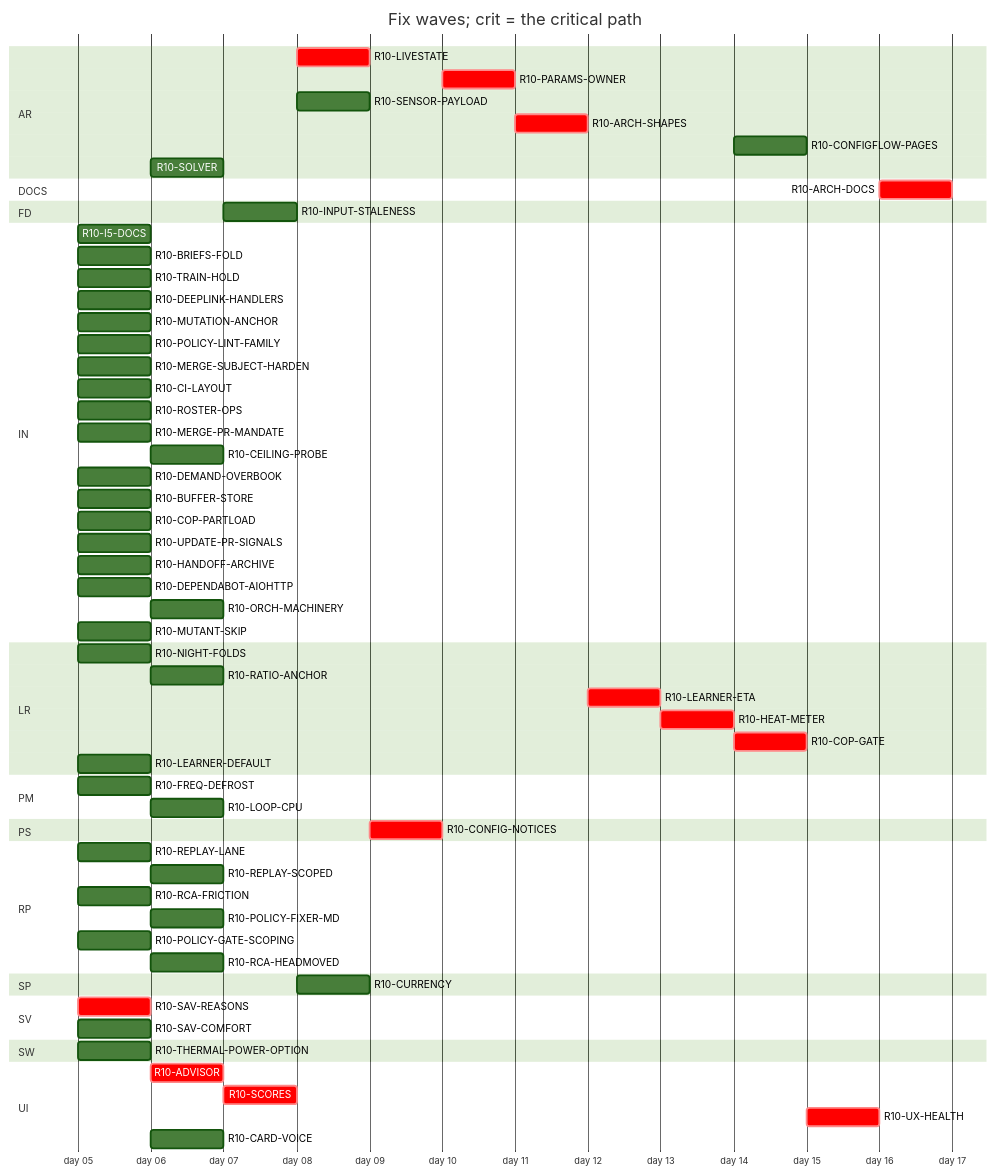
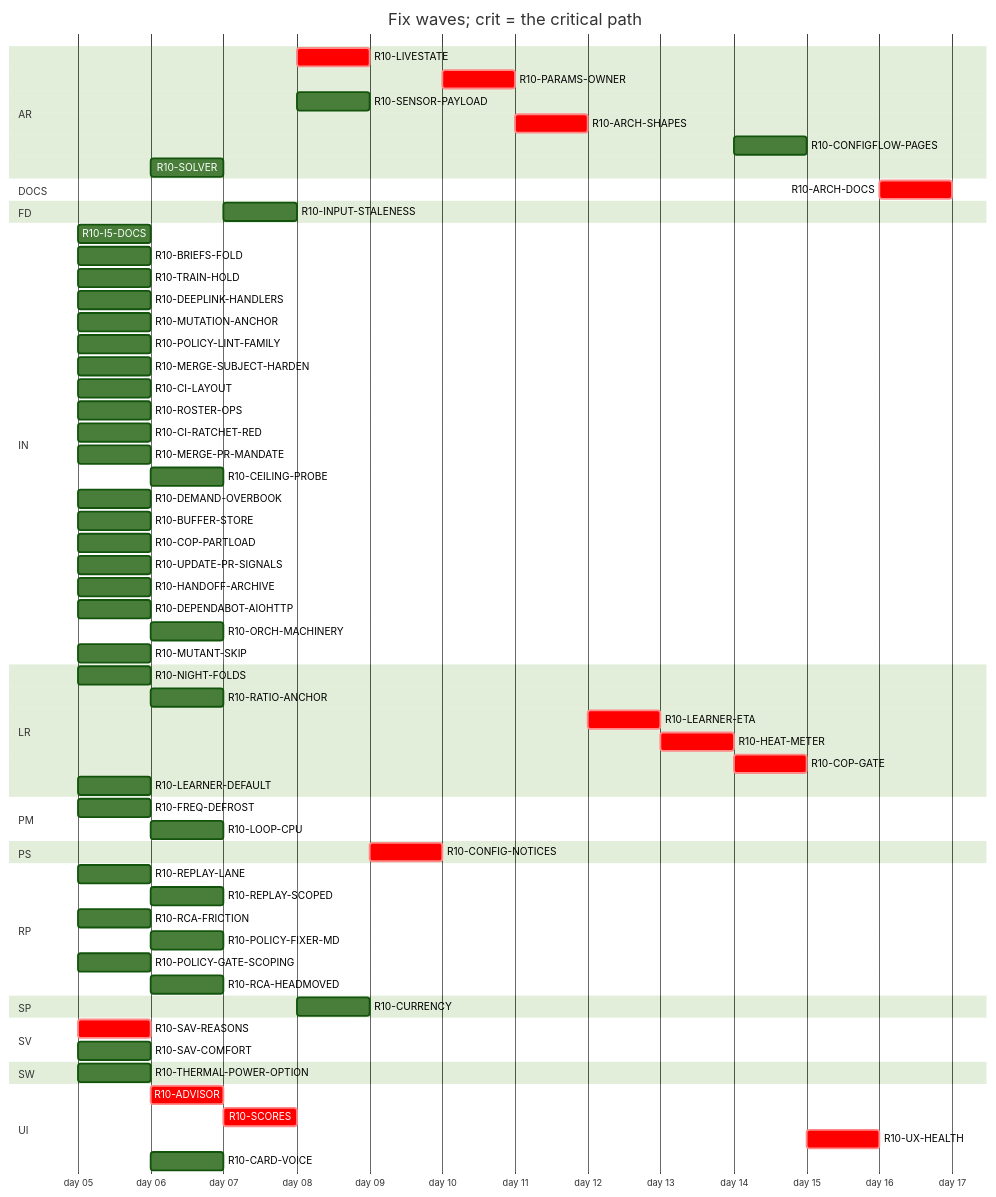
One commit to tvofi/heatpump_optimizer changed the diagram in handoff/round10/state/PLAN-TABLE.md. Above: the diagram before and after it, drawn with Mermaid (forest theme). The commit also changed other lines of this file and 2 other files, not shown here.

````diff
--- a/handoff/round10/state/PLAN-TABLE.md
+++ b/handoff/round10/state/PLAN-TABLE.md
@@ -25,68 +25,69 @@
 ```mermaid
 gantt
   title Fix waves; crit = the critical path
   dateFormat YYYY-MM-DD
   axisFormat day %d
   section AR
     R10-LIVESTATE :crit, r10LIVESTATE, after r10SCORES, 1d
     R10-PARAMS-OWNER :crit, r10PARAMSOWNER, after r10CONFIGNOTICES, 1d
     R10-SENSOR-PAYLOAD :r10SENSORPAYLOAD, after r10SCORES, 1d
     R10-ARCH-SHAPES :crit, r10ARCHSHAPES, after r10PARAMSOWNER r10SENSORPAYLOAD r10FREQDEFROST, 1d
     R10-CONFIGFLOW-PAGES :r10CONFIGFLOWPAGES, after r10HEATMETER, 1d
     R10-SOLVER :r10SOLVER, after r10SAVREASONS, 1d
   section DOCS
     R10-ARCH-DOCS :crit, r10ARCHDOCS, after r10NIGHTFOLDS r10RATIOANCHOR r10INPUTSTALENESS r10CURRENCY r10FREQDEFROST r10LOOPCPU r10SAVREASONS r10ADVISOR r10SCORES r10LIVESTATE r10CONFIGNOTICES r10PARAMSOWNER r10SENSORPAYLOAD r10ARCHSHAPES r10LEARNERETA r10HEATMETER r10COPGATE r10UXHEALTH r10CONFIGFLOWPAGES r10SOLVER r10I5DOCS r10BRIEFSFOLD r10REPLAYLANE r10REPLAYSCOPED r10TRAINHOLD r10DEEPLINKHANDLERS, 1d
   section FD
     R10-INPUT-STALENESS :r10INPUTSTALENESS, after r10RATIOANCHOR, 1d
   section IN
     R10-I5-DOCS :r10I5DOCS, 2026-01-05, 1d
     R10-BRIEFS-FOLD :r10BRIEFSFOLD, 2026-01-05, 1d
     R10-TRAIN-HOLD :r10TRAINHOLD, 2026-01-05, 1d
     R10-DEEPLINK-HANDLERS :r10DEEPLINKHANDLERS, 2026-01-05, 1d
     R10-MUTATION-ANCHOR :r10MUTATIONANCHOR, 2026-01-05, 1d
     R10-POLICY-LINT-FAMILY :r10POLICYLINTFAMILY, 2026-01-05, 1d
     R10-MERGE-SUBJECT-HARDEN :r10MERGESUBJECTHARDEN, 2026-01-05, 1d
     R10-CI-LAYOUT :r10CILAYOUT, 2026-01-05, 1d
     R10-ROSTER-OPS :r10ROSTEROPS, 2026-01-05, 1d
+    R10-CI-RATCHET-RED :r10CIRATCHETRED, 2026-01-05, 1d
     R10-MERGE-PR-MANDATE :r10MERGEPRMANDATE, 2026-01-05, 1d
     R10-CEILING-PROBE :r10CEILINGPROBE, after r10CILAYOUT r10NIGHTFOLDS, 1d
     R10-DEMAND-OVERBOOK :r10DEMANDOVERBOOK, 2026-01-05, 1d
     R10-BUFFER-STORE :r10BUFFERSTORE, 2026-01-05, 1d
     R10-COP-PARTLOAD :r10COPPARTLOAD, 2026-01-05, 1d
     R10-UPDATE-PR-SIGNALS :r10UPDATEPRSIGNALS, 2026-01-05, 1d
     R10-HANDOFF-ARCHIVE :r10HANDOFFARCHIVE, 2026-01-05, 1d
     R10-DEPENDABOT-AIOHTTP :r10DEPENDABOTAIOHTTP, 2026-01-05, 1d
     R10-ORCH-MACHINERY :r10ORCHMACHINERY, after r10ROSTEROPS r10CILAYOUT, 1d
     R10-MUTANT-SKIP :r10MUTANTSKIP, 2026-01-05, 1d
   section LR
     R10-NIGHT-FOLDS :r10NIGHTFOLDS, 2026-01-05, 1d
     R10-RATIO-ANCHOR :r10RATIOANCHOR, after r10NIGHTFOLDS, 1d
     R10-LEARNER-ETA :crit, r10LEARNERETA, after r10ARCHSHAPES, 1d
     R10-HEAT-METER :crit, r10HEATMETER, after r10LEARNERETA r10INPUTSTALENESS r10RATIOANCHOR, 1d
     R10-COP-GATE :crit, r10COPGATE, after r10HEATMETER r10SENSORPAYLOAD, 1d
     R10-LEARNER-DEFAULT :r10LEARNERDEFAULT, 2026-01-05, 1d
   section PM
     R10-FREQ-DEFROST :r10FREQDEFROST, 2026-01-05, 1d
     R10-LOOP-CPU :r10LOOPCPU, after r10FREQDEFROST, 1d
   section PS
     R10-CONFIG-NOTICES :crit, r10CONFIGNOTICES, after r10LIVESTATE, 1d
   section RP
     R10-REPLAY-LANE :r10REPLAYLANE, 2026-01-05, 1d
     R10-REPLAY-SCOPED :r10REPLAYSCOPED, after r10REPLAYLANE r10TRAINHOLD, 1d
     R10-RCA-FRICTION :r10RCAFRICTION, 2026-01-05, 1d
     R10-POLICY-FIXER-MD :r10POLICYFIXERMD, after r10RCAFRICTION r10BRIEFSFOLD, 1d
     R10-POLICY-GATE-SCOPING :r10POLICYGATESCOPING, 2026-01-05, 1d
     R10-RCA-HEADMOVED :r10RCAHEADMOVED, after r10RCAFRICTION, 1d
   section SP
     R10-CURRENCY :r10CURRENCY, after r10INPUTSTALENESS, 1d
   section SV
     R10-SAV-REASONS :crit, r10SAVREASONS, 2026-01-05, 1d
     R10-SAV-COMFORT :r10SAVCOMFORT, 2026-01-05, 1d
   section SW
     R10-THERMAL-POWER-OPTION :r10THERMALPOWEROPTION, 2026-01-05, 1d
   section UI
     R10-ADVISOR :crit, r10ADVISOR, after r10SAVREASONS, 1d
     R10-SCORES :crit, r10SCORES, after r10ADVISOR, 1d
     R10-UX-HEALTH :crit, r10UXHEALTH, after r10SCORES r10COPGATE r10HEATMETER, 1d
     R10-CARD-VOICE :r10CARDVOICE, after r10DEEPLINKHANDLERS, 1d
 ```
````
